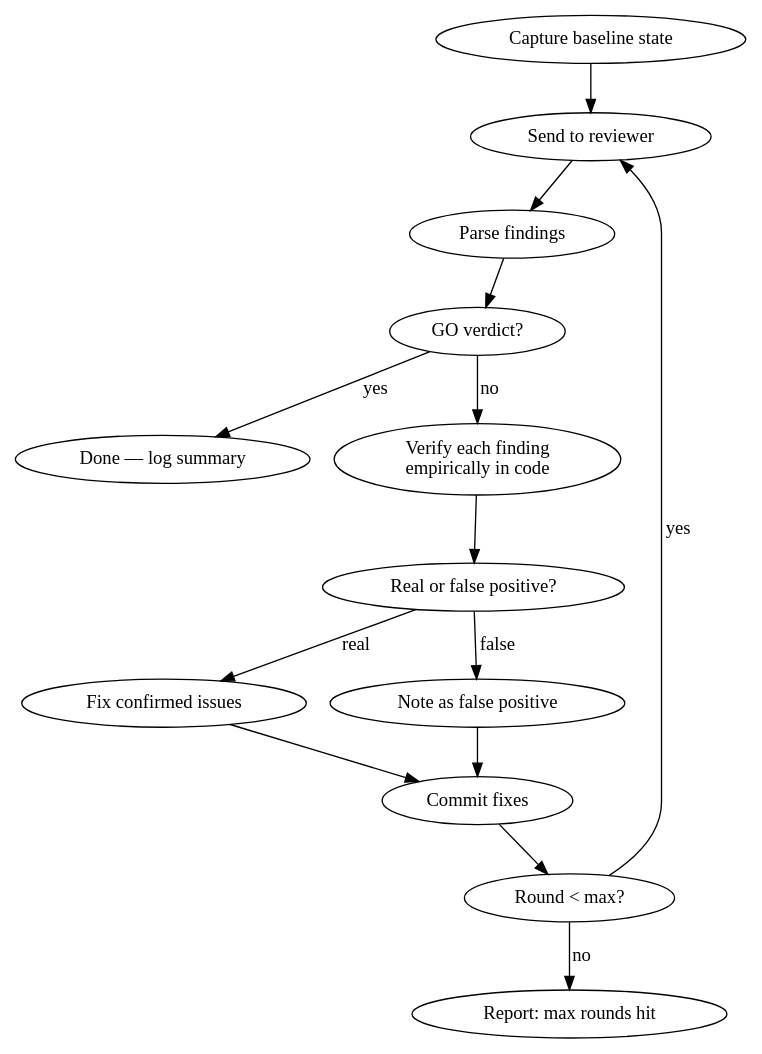
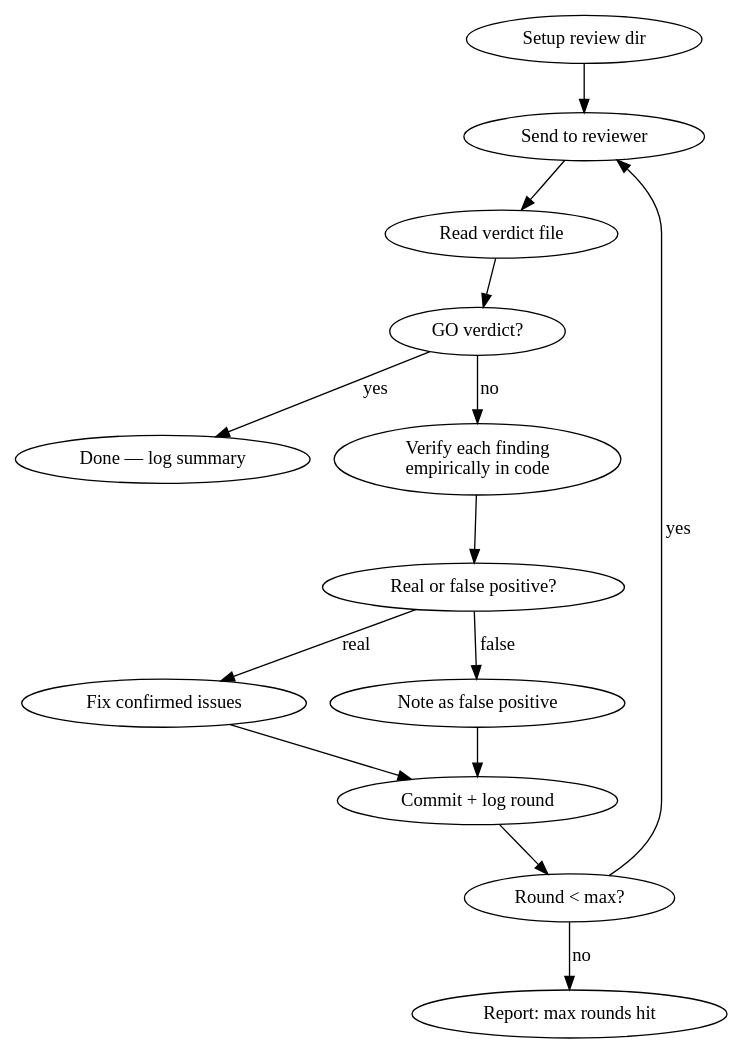
Before and after one commit to A3IO/jaine-custom-marketplace: the diagram in plugins/adversarial-review/skills/adversarial-review/SKILL.md, drawn with Graphviz. The commit also changed other lines of this file and 8 other files, not shown here.

````diff
--- a/plugins/adversarial-review/skills/adversarial-review/SKILL.md
+++ b/plugins/adversarial-review/skills/adversarial-review/SKILL.md
@@ -33,18 +45,18 @@
 ```dot
 digraph review_loop {
   rankdir=TB;
-  "Capture baseline state" -> "Send to reviewer";
-  "Send to reviewer" -> "Parse findings";
-  "Parse findings" -> "GO verdict?" [label=""];
+  "Setup review dir" -> "Send to reviewer";
+  "Send to reviewer" -> "Read verdict file";
+  "Read verdict file" -> "GO verdict?" [label=""];
   "GO verdict?" -> "Done — log summary" [label="yes"];
   "GO verdict?" -> "Verify each finding\nempirically in code" [label="no"];
   "Verify each finding\nempirically in code" -> "Real or false positive?";
   "Real or false positive?" -> "Fix confirmed issues" [label="real"];
   "Real or false positive?" -> "Note as false positive" [label="false"];
-  "Fix confirmed issues" -> "Commit fixes";
-  "Note as false positive" -> "Commit fixes";
-  "Commit fixes" -> "Round < max?" [label=""];
+  "Fix confirmed issues" -> "Commit + log round";
+  "Note as false positive" -> "Commit + log round";
+  "Commit + log round" -> "Round < max?" [label=""];
   "Round < max?" -> "Send to reviewer" [label="yes"];
   "Round < max?" -> "Report: max rounds hit" [label="no"];
 }
 ```
````
